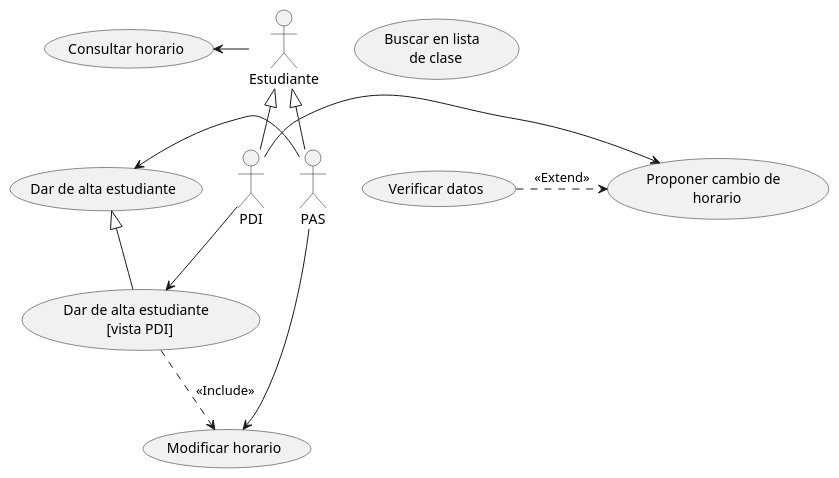
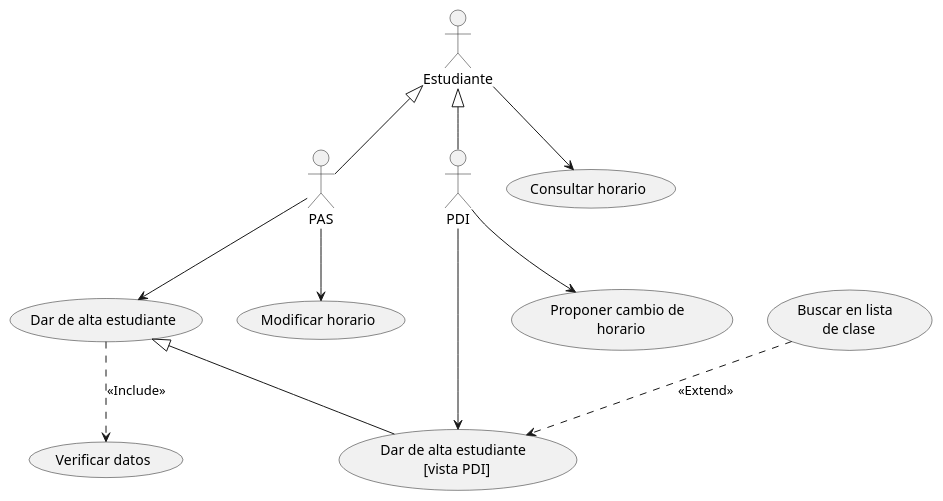
One commit to emg842/INRE-UAL-ROJO-2022 changed the diagram in LAB0/src/horarios.puml. Above: the diagram before and after it, drawn with PlantUML.

Commit message:
Supuesto 1 actualizado

```diff
--- a/LAB0/src/horarios.puml
+++ b/LAB0/src/horarios.puml
@@ -1,29 +1,29 @@
 @startuml horarios 
 
 :Estudiante: as A1
 :PAS: as A2
 :PDI: as A3
 
 (Buscar en lista \n de clase) as UC1
 (Consultar horario) as UC2
 (Dar de alta estudiante) as UC3
 (Dar de alta estudiante \n [vista PDI]) as UC4
 (Modificar horario) as UC5
 (Proponer cambio de \n horario) as UC6
 (Verificar datos) as UC7
 
-A1 -left-> UC2
-A2 -left-> UC3
-A2 -down-> UC5
-A3 -down-> UC4
-A3 -right-> UC6
+A1 --> UC2
+A2 --> UC3
+A2 --> UC5
+A3 --> UC4
+A3 --> UC6
 
 A1 <|-- A2
 A1 <|-- A3
 UC3 <|-- UC4
 
-UC4 ..> UC5 : <<Include>>
+UC1 ..> UC4 : <<Extend>>
 
-UC7 .right.> UC6 : <<Extend>>
+UC3 ..> UC7 : <<Include>>
 
 @enduml
```
